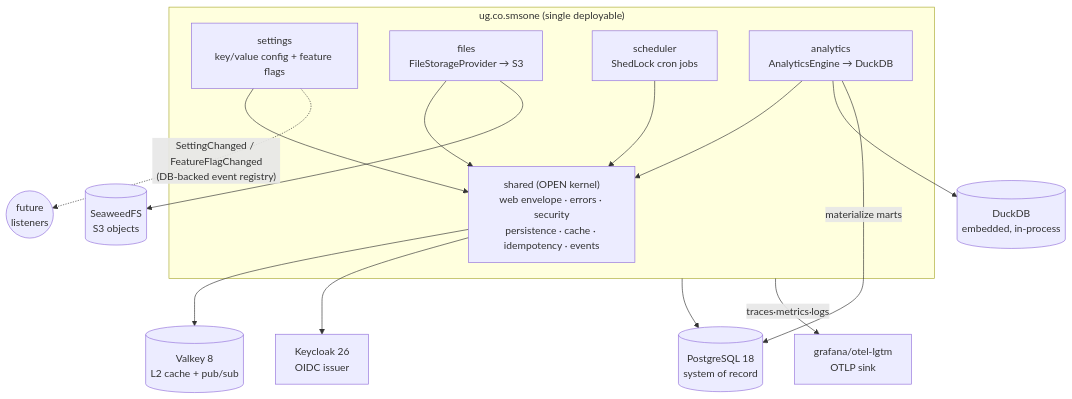
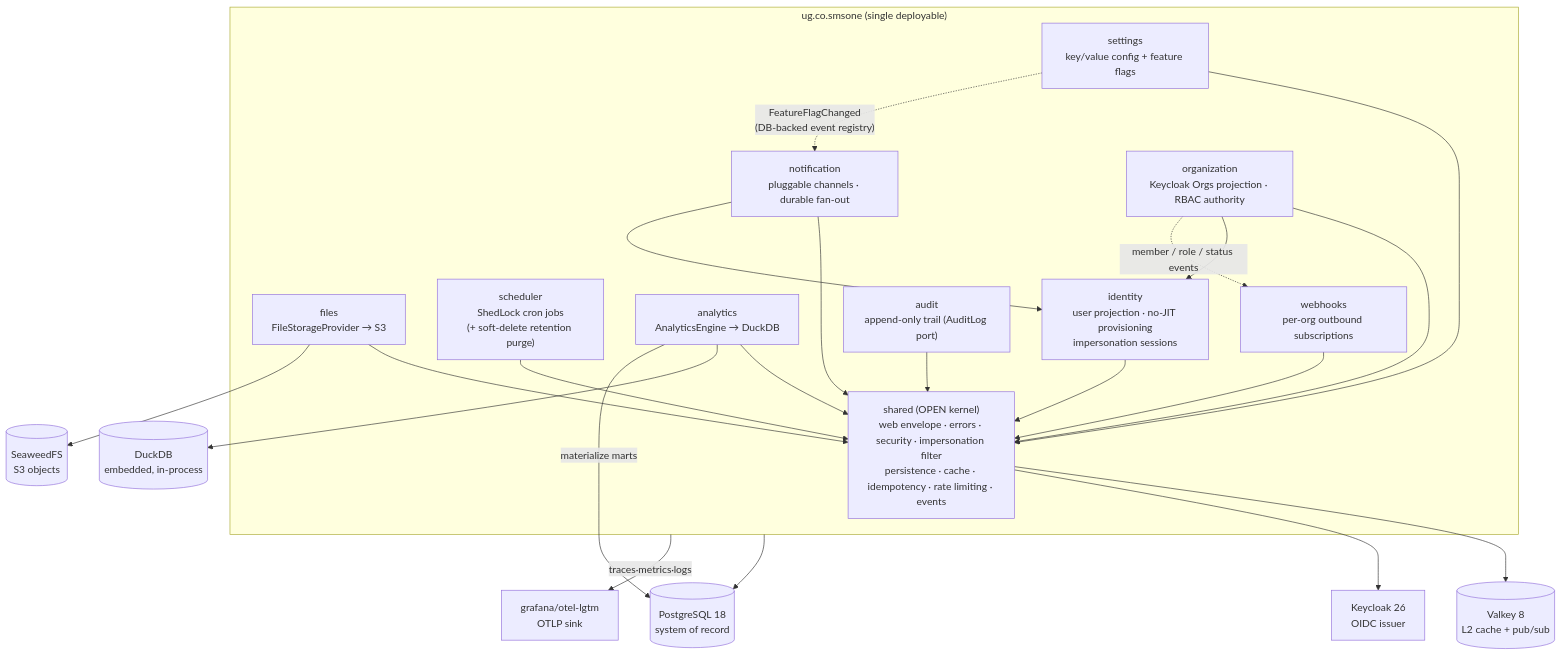
One commit to Paul-Ayesiga/enterprise-modulith-template changed the first of 2 diagrams in docs/ARCHITECTURE.md. Above: the diagram before and after it, drawn with Mermaid. The commit also changed other lines of this file and 207 other files, not shown here.

First line of the commit message:
feat(platform): impersonation + soft delete slices, docs restructure, audit remediation

````diff
--- a/docs/ARCHITECTURE.md
+++ b/docs/ARCHITECTURE.md
@@ -13,32 +13,46 @@
 ```mermaid
 flowchart TB
     subgraph app["ug.co.smsone (single deployable)"]
-        shared["shared (OPEN kernel)\nweb envelope · errors · security\npersistence · cache · idempotency · events"]
+        shared["shared (OPEN kernel)\nweb envelope · errors · security · impersonation filter\npersistence · cache · idempotency · rate limiting · events"]
         settings["settings\nkey/value config + feature flags"]
         files["files\nFileStorageProvider → S3"]
-        scheduler["scheduler\nShedLock cron jobs"]
+        scheduler["scheduler\nShedLock cron jobs\n(+ soft-delete retention purge)"]
         analytics["analytics\nAnalyticsEngine → DuckDB"]
+        notification["notification\npluggable channels · durable fan-out"]
+        identity["identity\nuser projection · no-JIT provisioning\nimpersonation sessions"]
+        organization["organization\nKeycloak Orgs projection · RBAC authority"]
+        audit["audit\nappend-only trail (AuditLog port)"]
+        webhooks["webhooks\nper-org outbound subscriptions"]
     end
 
     settings --> shared
     files --> shared
     scheduler --> shared
     analytics --> shared
+    notification --> shared
+    identity --> shared
+    organization --> shared
+    audit --> shared
+    webhooks --> shared
 
-    settings -. "SettingChanged / FeatureFlagChanged\n(DB-backed event registry)" .-> listeners(("future\nlisteners"))
+    organization --> identity
+    notification --> identity
+
+    settings -. "FeatureFlagChanged\n(DB-backed event registry)" .-> notification
+    organization -. "member / role / status events" .-> webhooks
 
     postgres[("PostgreSQL 18\nsystem of record")]
     valkey[("Valkey 8\nL2 cache + pub/sub")]
     seaweed[("SeaweedFS\nS3 objects")]
     keycloak["Keycloak 26\nOIDC issuer"]
     duckdb[("DuckDB\nembedded, in-process")]
     lgtm["grafana/otel-lgtm\nOTLP sink"]
 
     app --> postgres
     shared --> valkey
     files --> seaweed
     shared --> keycloak
     analytics --> duckdb
     analytics -- "materialize marts" --> postgres
     app -- "traces·metrics·logs" --> lgtm
 ```
````
